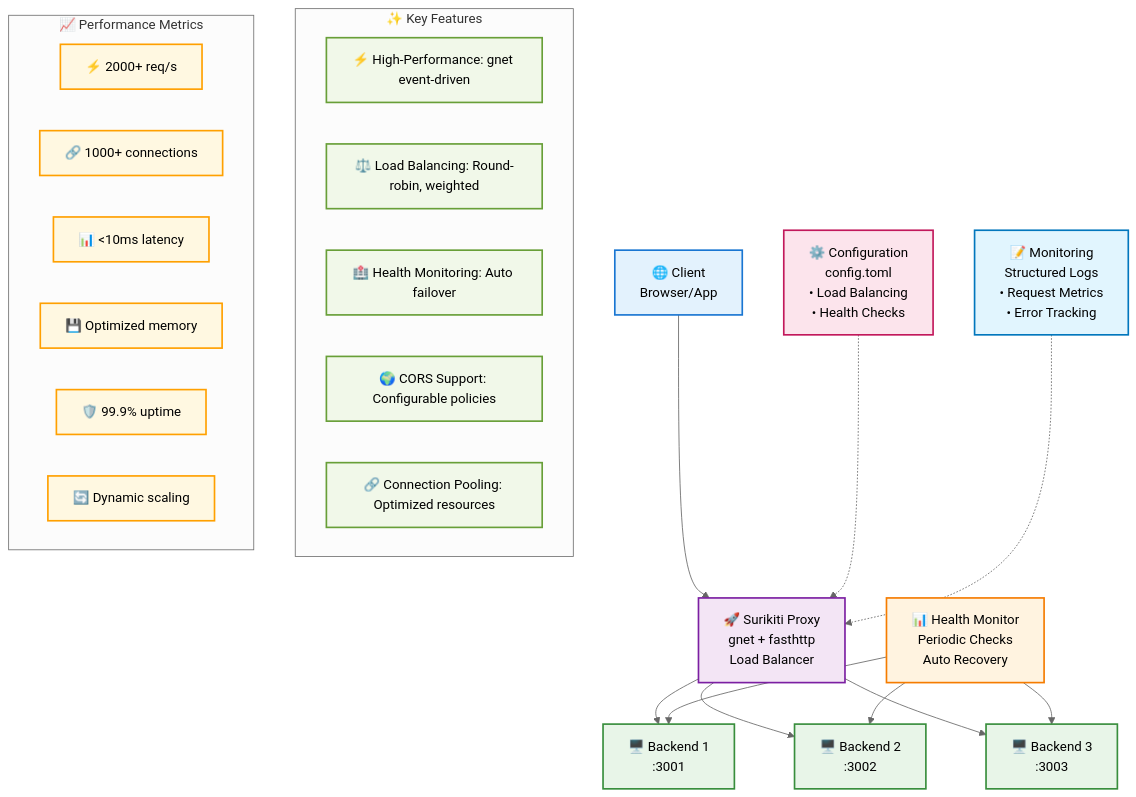
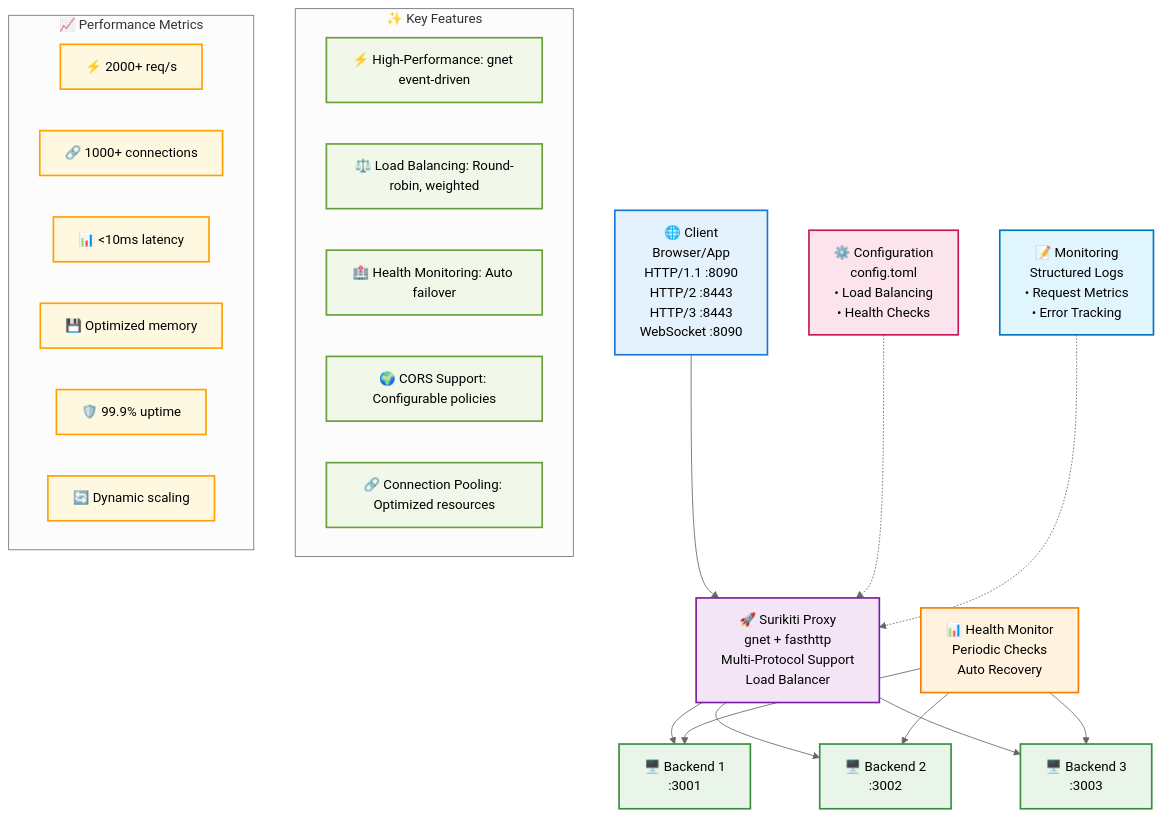
Before and after one commit to bonkzero404/surikiti: the diagram in README.md, drawn with Mermaid (neutral theme). The commit also changed other lines of this file and 2 other files, not shown here.

````diff
--- a/README.md
+++ b/README.md
@@ -40,51 +40,51 @@
 ```mermaid
 graph TB
-    Client["🌐 Client<br/>Browser/App"] --> Proxy["🚀 Surikiti Proxy<br/>gnet + fasthttp<br/>Load Balancer"]
+    Client["🌐 Client<br/>Browser/App<br/>HTTP/1.1 :8090<br/>HTTP/2 :8443<br/>HTTP/3 :8443<br/>WebSocket :8090"] --> Proxy["🚀 Surikiti Proxy<br/>gnet + fasthttp<br/>Multi-Protocol Support<br/>Load Balancer"]
     
     Proxy --> Backend1["🖥️ Backend 1<br/>:3001"]
     Proxy --> Backend2["🖥️ Backend 2<br/>:3002"]
     Proxy --> Backend3["🖥️ Backend 3<br/>:3003"]
     
     Config["⚙️ Configuration<br/>config.toml<br/>• Load Balancing<br/>• Health Checks"] -.-> Proxy
     
     Monitor["📊 Health Monitor<br/>Periodic Checks<br/>Auto Recovery"] --> Backend1
     Monitor --> Backend2
     Monitor --> Backend3
     
     Logs["📝 Monitoring<br/>Structured Logs<br/>• Request Metrics<br/>• Error Tracking"] -.-> Proxy
     
     subgraph Features ["✨ Key Features"]
         F1["⚡ High-Performance: gnet event-driven"]
         F2["⚖️ Load Balancing: Round-robin, weighted"]
         F3["🏥 Health Monitoring: Auto failover"]
         F4["🌍 CORS Support: Configurable policies"]
         F5["🔗 Connection Pooling: Optimized resources"]
     end
     
     subgraph Performance ["📈 Performance Metrics"]
         P1["⚡ 2000+ req/s"]
         P2["🔗 1000+ connections"]
         P3["📊 <10ms latency"]
         P4["💾 Optimized memory"]
         P5["🛡️ 99.9% uptime"]
         P6["🔄 Dynamic scaling"]
     end
     
     classDef client fill:#e3f2fd,stroke:#1976d2,stroke-width:2px
     classDef proxy fill:#f3e5f5,stroke:#7b1fa2,stroke-width:2px
     classDef backend fill:#e8f5e8,stroke:#388e3c,stroke-width:2px
     classDef config fill:#fce4ec,stroke:#c2185b,stroke-width:2px
     classDef monitor fill:#fff3e0,stroke:#f57c00,stroke-width:2px
     classDef logs fill:#e1f5fe,stroke:#0277bd,stroke-width:2px
     classDef features fill:#f1f8e9,stroke:#689f38,stroke-width:2px
     classDef performance fill:#fff8e1,stroke:#ffa000,stroke-width:2px
     
     class Client client
     class Proxy proxy
     class Backend1,Backend2,Backend3 backend
     class Config config
     class Monitor monitor
     class Logs logs
     class F1,F2,F3,F4,F5 features
     class P1,P2,P3,P4,P5,P6 performance
 ```
````
